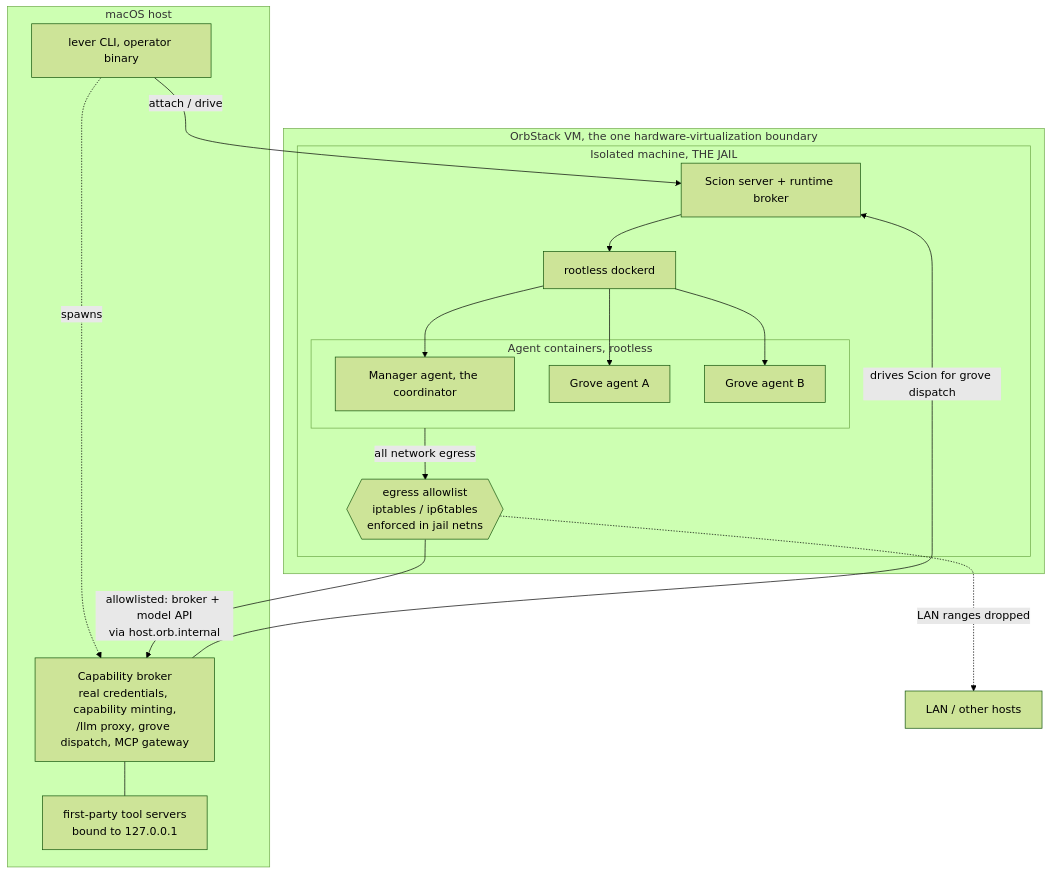
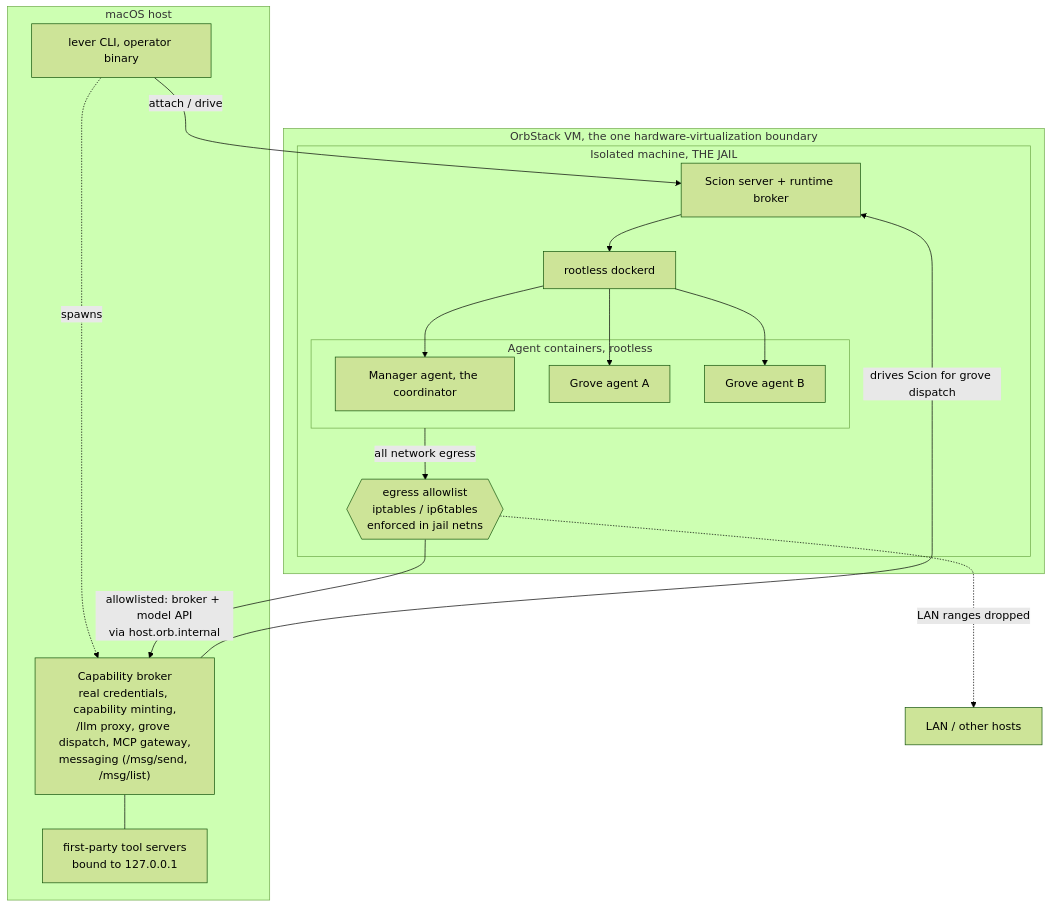
One commit to stevegeek/lever changed the first of 3 diagrams in docs-site/_guides/architecture.md. Above: the diagram before and after it, drawn with Mermaid (forest theme). The commit also changed other lines of this file and 4 other files, not shown here.

Commit message:
docs: baked lever-manager, lever attach, doctor checks, broker-routed messaging

````diff
--- a/docs-site/_guides/architecture.md
+++ b/docs-site/_guides/architecture.md
@@ -25,31 +26,31 @@
 ```mermaid
 graph TD
     subgraph host[macOS host]
         L[lever CLI, operator binary]
-        BK["Capability broker<br/>real credentials, capability minting,<br/>/llm proxy, grove dispatch, MCP gateway"]
+        BK["Capability broker<br/>real credentials, capability minting,<br/>/llm proxy, grove dispatch, MCP gateway,<br/>messaging (/msg/send, /msg/list)"]
         MCP[first-party tool servers<br/>bound to 127.0.0.1]
     end
     subgraph vm[OrbStack VM, the one hardware-virtualization boundary]
         subgraph jail[Isolated machine, THE JAIL]
             SS[Scion server + runtime broker]
             RD[rootless dockerd]
             FW{{egress allowlist<br/>iptables / ip6tables<br/>enforced in jail netns}}
             subgraph agents[Agent containers, rootless]
                 MGR[Manager agent, the coordinator]
                 GA[Grove agent A]
                 GB[Grove agent B]
             end
         end
     end
     L -->|attach / drive| SS
     L -.->|spawns| BK
     SS --> RD
     RD --> MGR
     RD --> GA
     RD --> GB
     BK --- MCP
     BK -->|drives Scion for grove dispatch| SS
     agents -->|all network egress| FW
     FW -->|"allowlisted: broker + model API<br/>via host.orb.internal"| BK
     FW -.->|LAN ranges dropped| LAN[LAN / other hosts]
 ```
````
